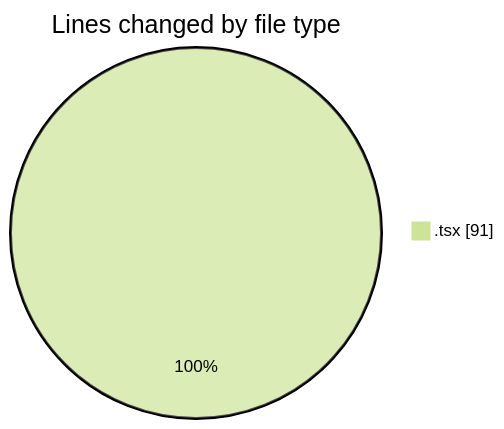
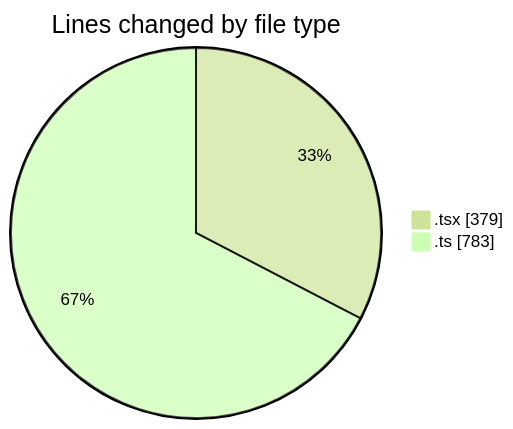
One commit to lephambinh05/code-tracking changed the first of 2 diagrams in 2025-09-05/hiai-phf/README.md. Above: the diagram before and after it, drawn with Mermaid (forest theme). The commit also changed other lines of this file and 1 other file, not shown here.

````diff
--- a/2025-09-05/hiai-phf/README.md
+++ b/2025-09-05/hiai-phf/README.md
@@ -21,5 +30,6 @@
 ```mermaid
 pie showData
 title Lines changed by file type
-".tsx" : 91
+".tsx" : 379
+".ts" : 783
 ```
````
